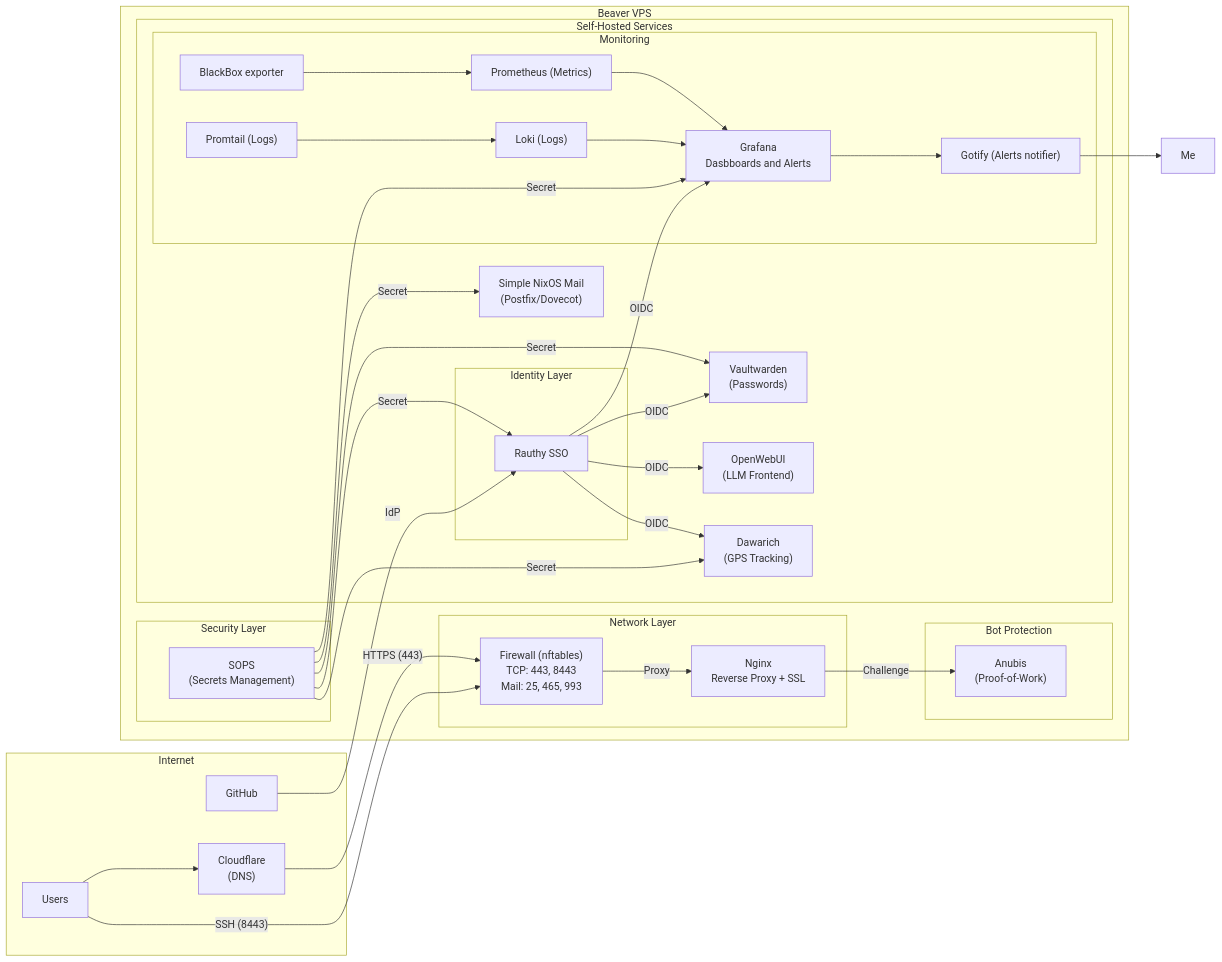
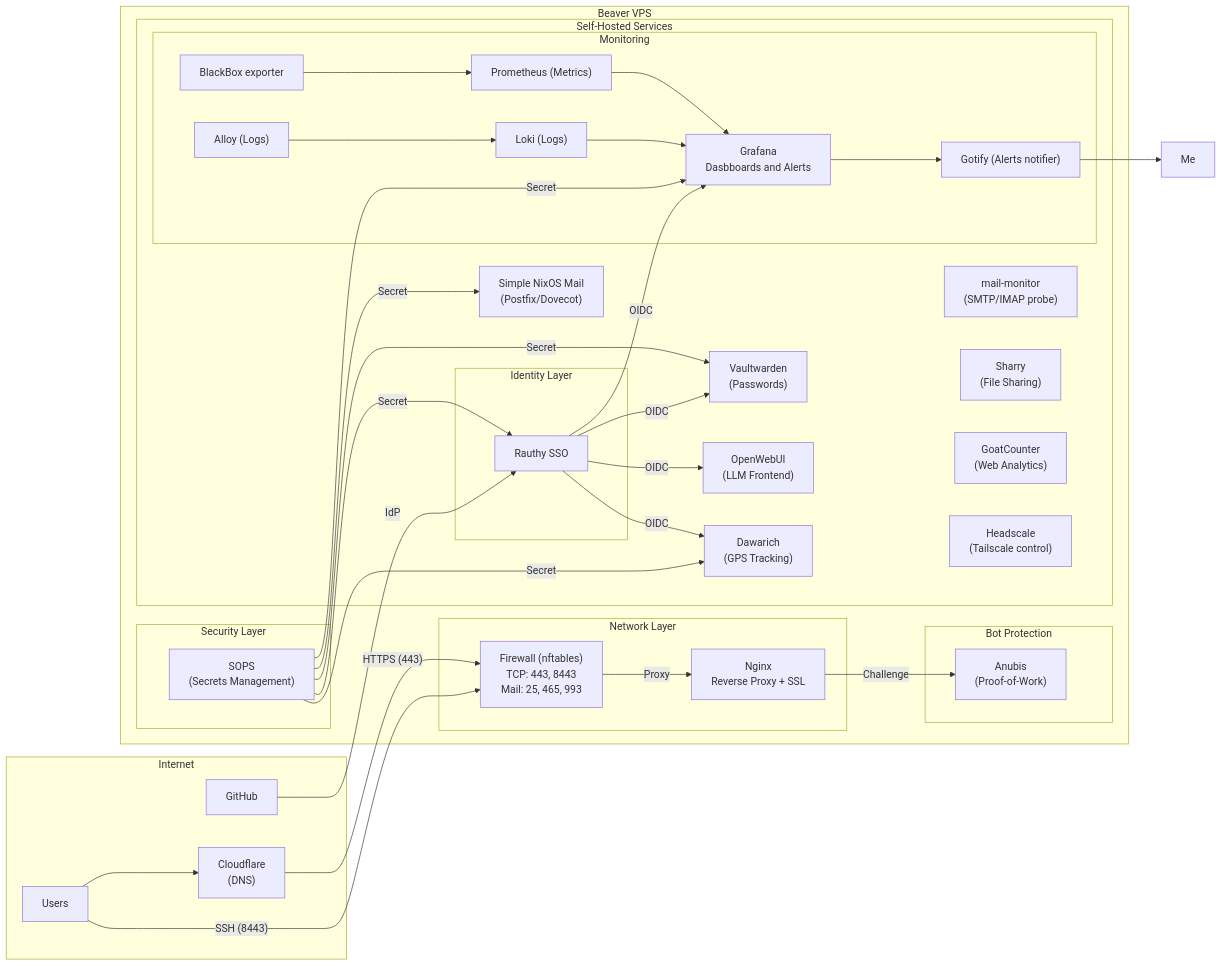
One commit to JustAlternate/nixcfg changed the diagram in README.md. Above: the diagram before and after it, drawn with Mermaid. The commit also changed other lines of this file and 12 other files, not shown here.

```diff
--- a/README.md
+++ b/README.md
@@ -60,12 +64,16 @@
             Vaultwarden["Vaultwarden<br/>(Passwords)"]
             OpenWebUI["OpenWebUI<br/>(LLM Frontend)"]
             Mail["Simple NixOS Mail<br/>(Postfix/Dovecot)"]
+            MailMonitor["mail-monitor<br/>(SMTP/IMAP probe)"]
             Dawarich["Dawarich<br/>(GPS Tracking)"]
+            Sharry["Sharry<br/>(File Sharing)"]
+            GoatCounter["GoatCounter<br/>(Web Analytics)"]
+            Headscale["Headscale<br/>(Tailscale control)"]
 
             subgraph Monitoring["Monitoring"]
                 Gotify["Gotify (Alerts notifier)"]
                 BlackBox["BlackBox exporter"]
-                Promtail["Promtail (Logs)"]
+                Alloy["Alloy (Logs)"]
                 Loki["Loki (Logs)"]
                 Prometheus["Prometheus (Metrics)"]
                 Grafana["Grafana<br/>Dasbboards and Alerts"]
@@ -89,7 +97,7 @@
     %% Monitoring Flow
     BlackBox --> Prometheus
     Prometheus --> Grafana
-    Promtail --> Loki
+    Alloy --> Loki
     Loki --> Grafana
 
     Sops -->|"Secret"| Grafana
```
